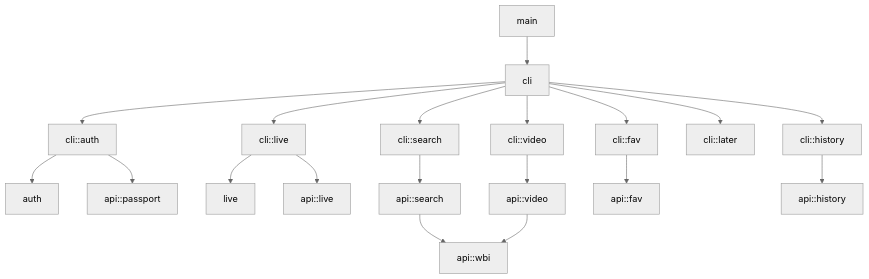
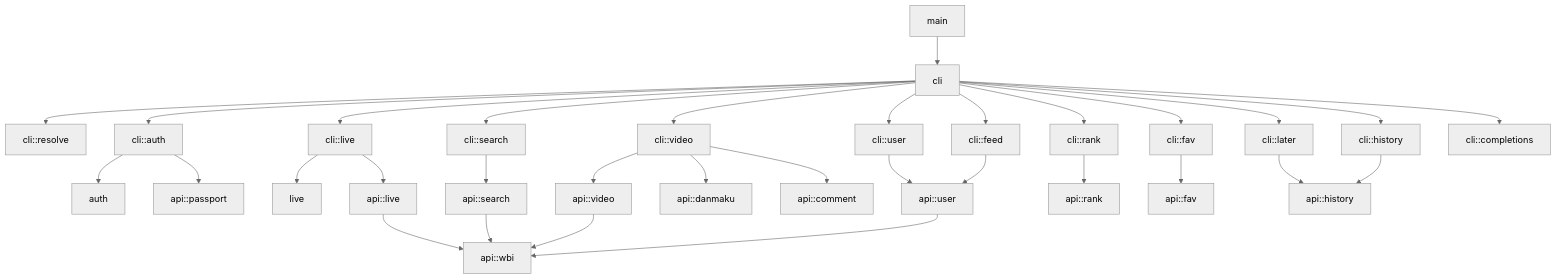
One commit to qwerprog/bili-tools changed the diagram in README.md. Above: the diagram before and after it, drawn with Mermaid (neutral theme). The commit also changed other lines of this file and 68 other files, not shown here.

````diff
--- a/README.md
+++ b/README.md
@@ -201,23 +278,36 @@
 ```mermaid
 graph TD
     main --> cli
+    cli --> resolve_cli[cli::resolve]
     cli --> auth_cli[cli::auth]
     cli --> live_cli[cli::live]
     cli --> search_cli[cli::search]
     cli --> video_cli[cli::video]
+    cli --> user_cli[cli::user]
+    cli --> feed_cli[cli::feed]
+    cli --> rank_cli[cli::rank]
     cli --> fav_cli[cli::fav]
     cli --> later_cli[cli::later]
     cli --> history_cli[cli::history]
+    cli --> completions_cli[cli::completions]
 
     auth_cli --> auth
     auth_cli --> passport[api::passport]
     live_cli --> live
     live_cli --> live_api[api::live]
     search_cli --> search_api[api::search]
     video_cli --> video_api[api::video]
+    video_cli --> danmaku_api[api::danmaku]
+    video_cli --> comment_api[api::comment]
+    user_cli --> user_api[api::user]
+    feed_cli --> user_api
+    rank_cli --> rank_api[api::rank]
     fav_cli --> fav_api[api::fav]
-    history_cli --> history_api[api::history]
+    later_cli --> history_api[api::history]
+    history_cli --> history_api
 
     search_api --> wbi[api::wbi]
     video_api --> wbi
+    user_api --> wbi
+    live_api --> wbi
 ```
````
